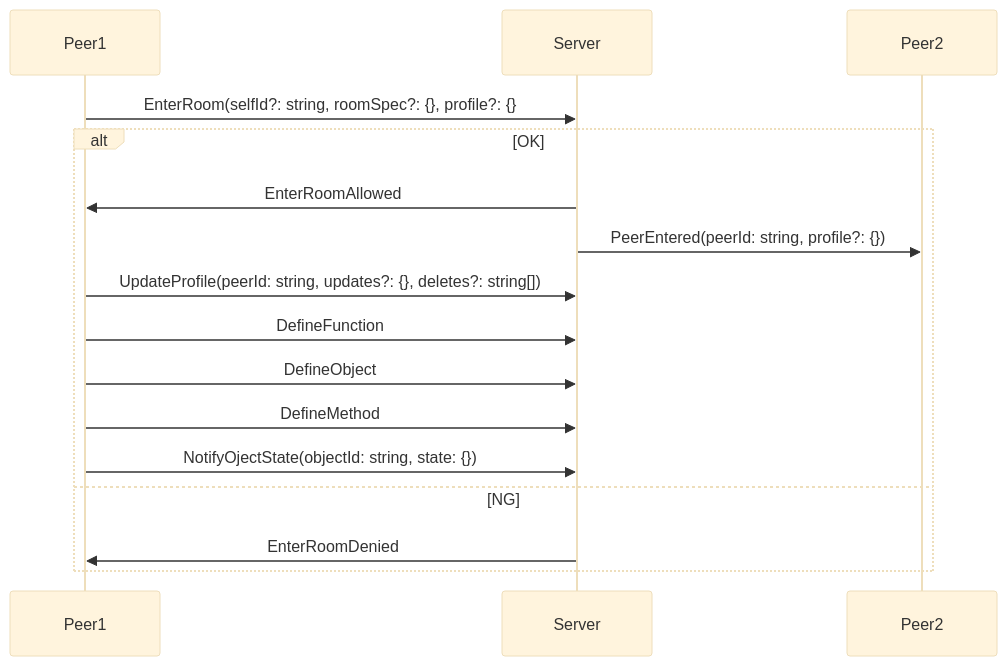
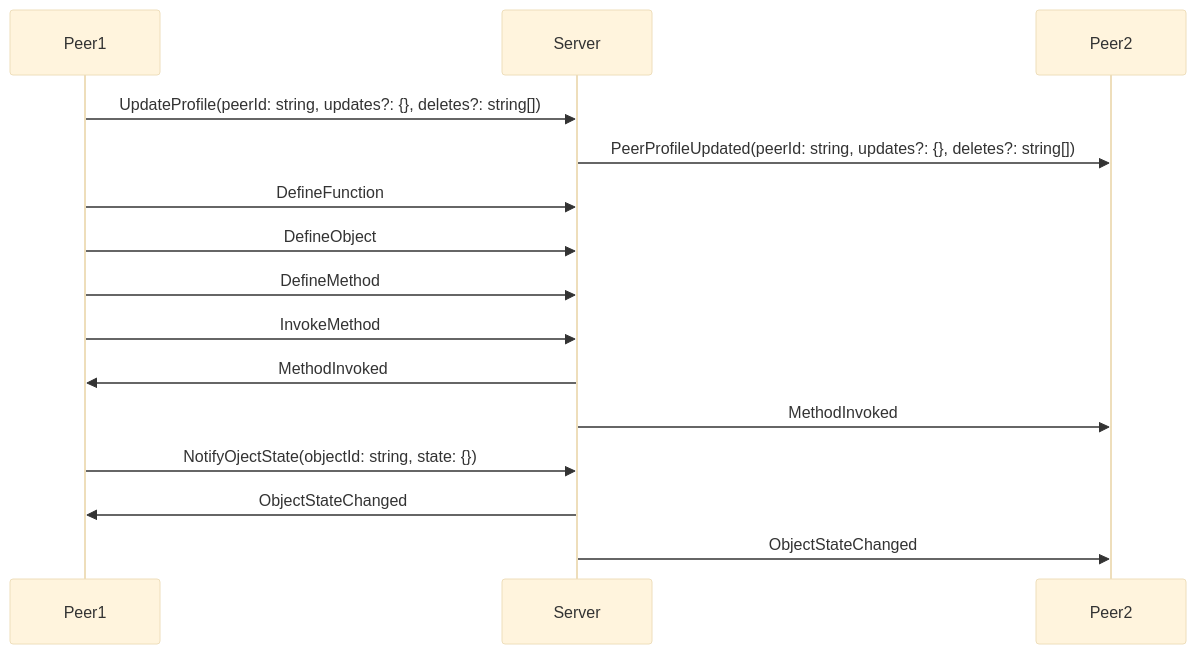
Before and after one commit to kcg-edu-future-lab/madoi: the second of 5 diagrams in README.md, drawn with Mermaid (base theme).

````diff
--- a/README.md
+++ b/README.md
@@ -15,15 +27,14 @@
 ```mermaid
 sequenceDiagram
-  Peer1->>Server: EnterRoom(selfId?: string, roomSpec?: {}, profile?: {}
-  alt OK
-    Server->>Peer1: EnterRoomAllowed
-    Server->>Peer2: PeerEntered(peerId: string, profile?: {})
-    Peer1->>Server: UpdateProfile(peerId: string, updates?: {}, deletes?: string[])
-    Peer1->>Server: DefineFunction
-    Peer1->>Server: DefineObject
-    Peer1->>Server: DefineMethod
-    Peer1->>Server: NotifyOjectState(objectId: string, state: {})
-  else NG
-    Server->>Peer1: EnterRoomDenied
-  end  
+  Peer1->>Server: UpdateProfile(peerId: string, updates?: {}, deletes?: string[])
+  Server->>Peer2: PeerProfileUpdated(peerId: string, updates?: {}, deletes?: string[])
+  Peer1->>Server: DefineFunction
+  Peer1->>Server: DefineObject
+  Peer1->>Server: DefineMethod
+  Peer1->>Server: InvokeMethod
+  Server->>Peer1: MethodInvoked
+  Server->>Peer2: MethodInvoked
+  Peer1->>Server: NotifyOjectState(objectId: string, state: {})
+  Server->>Peer1: ObjectStateChanged
+  Server->>Peer2: ObjectStateChanged  
 ```
````
